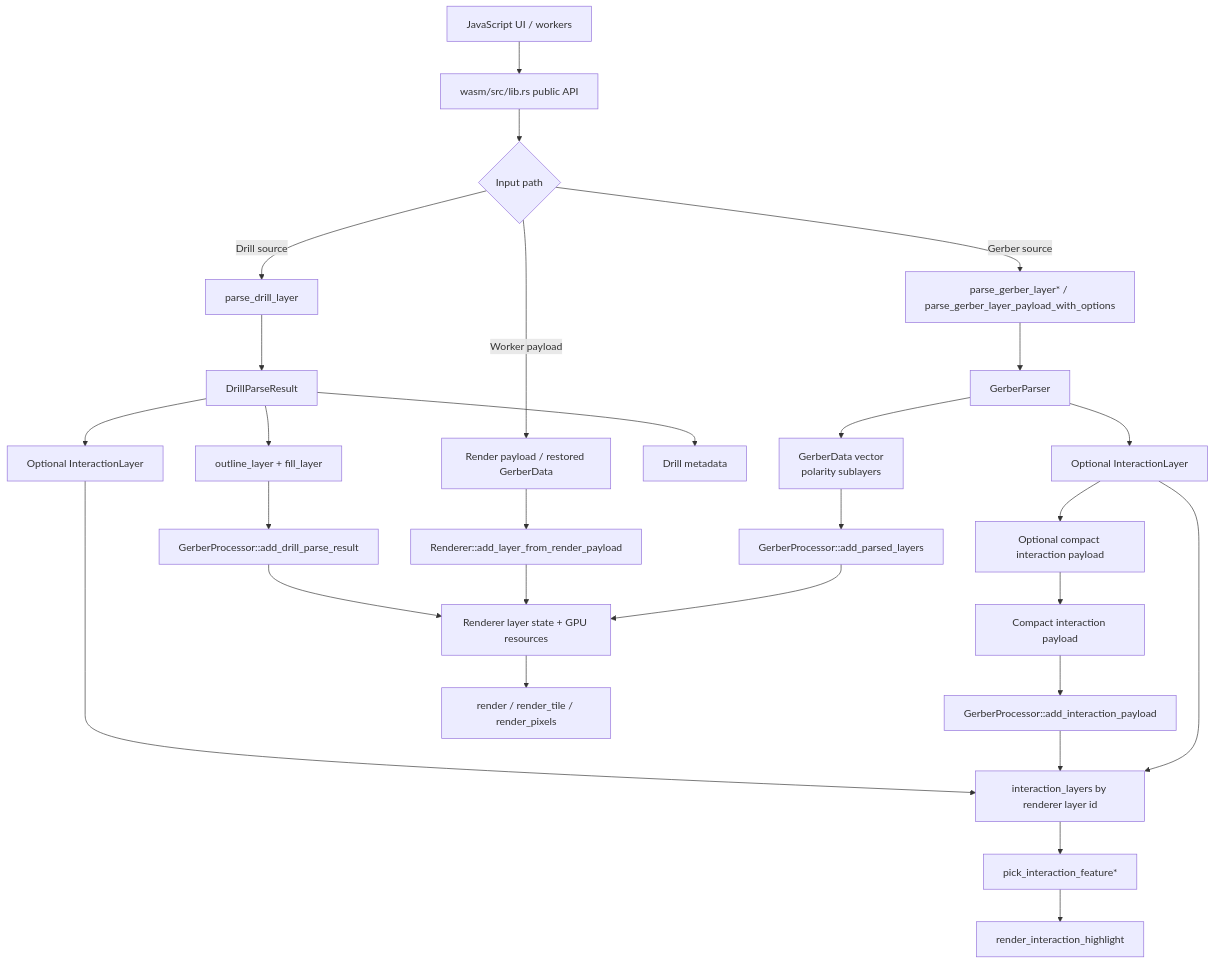
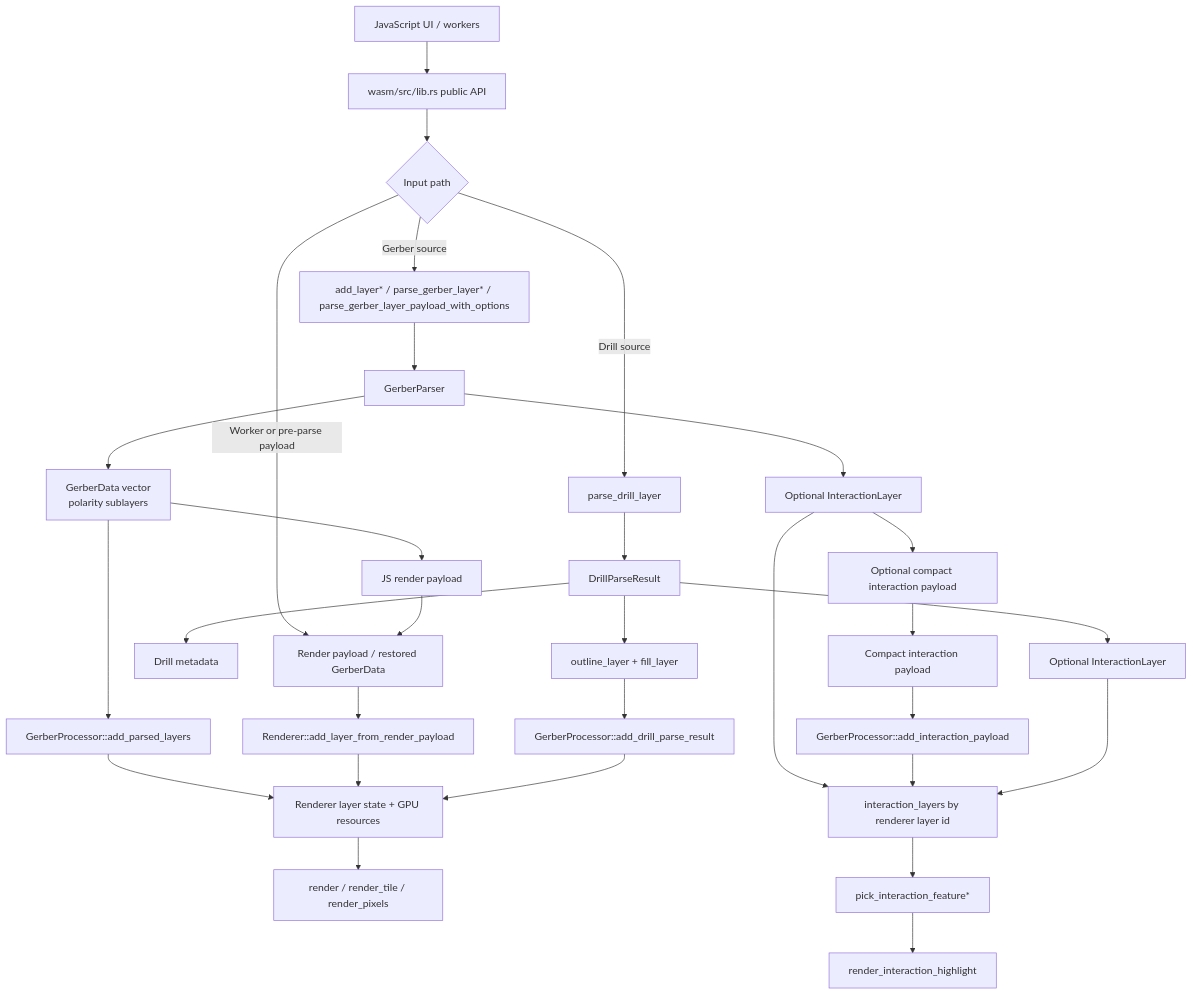
Before and after one commit to dsafdsaf132/wasm-gerber-viewer: the first of 2 diagrams in wasm/README.md, drawn with Mermaid. The commit also changed other lines of this file, not shown here.

Commit message:
Clarify WASM interaction payload pipeline

````diff
--- a/wasm/README.md
+++ b/wasm/README.md
@@ -10,36 +10,38 @@
 ```mermaid
 flowchart TD
   JS["JavaScript UI / workers"] --> API["wasm/src/lib.rs public API"]
   API --> InputKind{"Input path"}
 
-  InputKind -->|Gerber source| GerberParse["parse_gerber_layer* / parse_gerber_layer_payload_with_options"]
+  InputKind -->|Gerber source| GerberParse["add_layer* / parse_gerber_layer* / parse_gerber_layer_payload_with_options"]
   GerberParse --> Parser["GerberParser"]
   Parser --> GerberData["GerberData vector<br/>polarity sublayers"]
   Parser --> MaybeInteraction["Optional InteractionLayer"]
   MaybeInteraction --> CompactInteraction["Optional compact interaction payload"]
 
   InputKind -->|Drill source| DrillParse["parse_drill_layer"]
   DrillParse --> DrillResult["DrillParseResult"]
   DrillResult --> DrillLayers["outline_layer + fill_layer"]
   DrillResult --> DrillMeta["Drill metadata"]
   DrillResult --> DrillInteraction["Optional InteractionLayer"]
 
-  InputKind -->|Worker payload| Payload["Render payload / restored GerberData"]
+  GerberData --> RenderPayload["JS render payload"]
+  InputKind -->|Worker or pre-parse payload| Payload["Render payload / restored GerberData"]
   CompactInteraction --> InteractionPayload["Compact interaction payload"]
   GerberData --> AddParsed["GerberProcessor::add_parsed_layers"]
+  RenderPayload --> Payload
   Payload --> AddPayload["Renderer::add_layer_from_render_payload"]
   InteractionPayload --> AddInteraction["GerberProcessor::add_interaction_payload"]
   DrillLayers --> AddDrill["GerberProcessor::add_drill_parse_result"]
 
   AddParsed --> Renderer["Renderer layer state + GPU resources"]
   AddPayload --> Renderer
   AddDrill --> Renderer
 
   MaybeInteraction --> InteractionStore["interaction_layers by renderer layer id"]
   AddInteraction --> InteractionStore
   DrillInteraction --> InteractionStore
 
   Renderer --> RenderEntry["render / render_tile / render_pixels"]
   InteractionStore --> Picking["pick_interaction_feature*"]
   Picking --> Highlight["render_interaction_highlight"]
 ```
````
